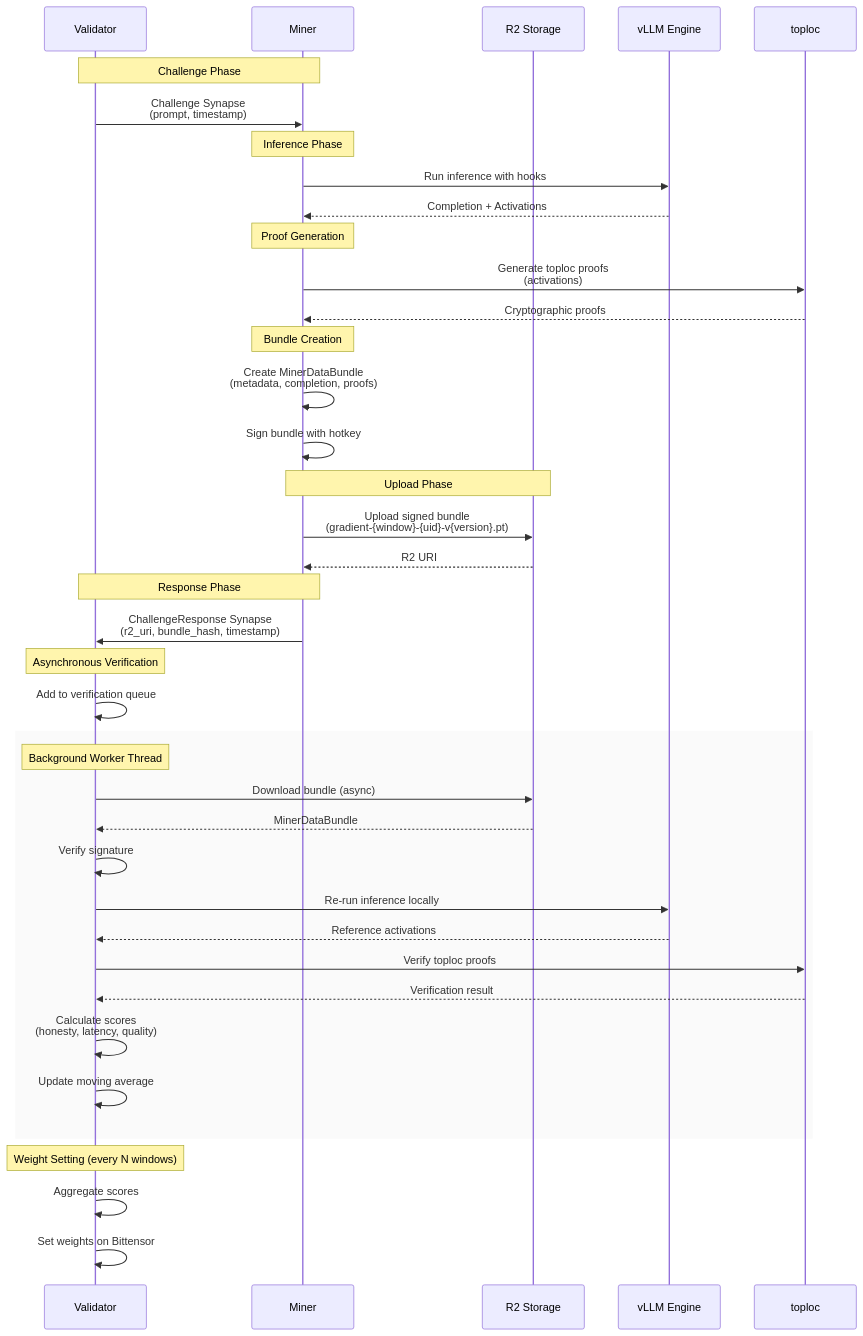
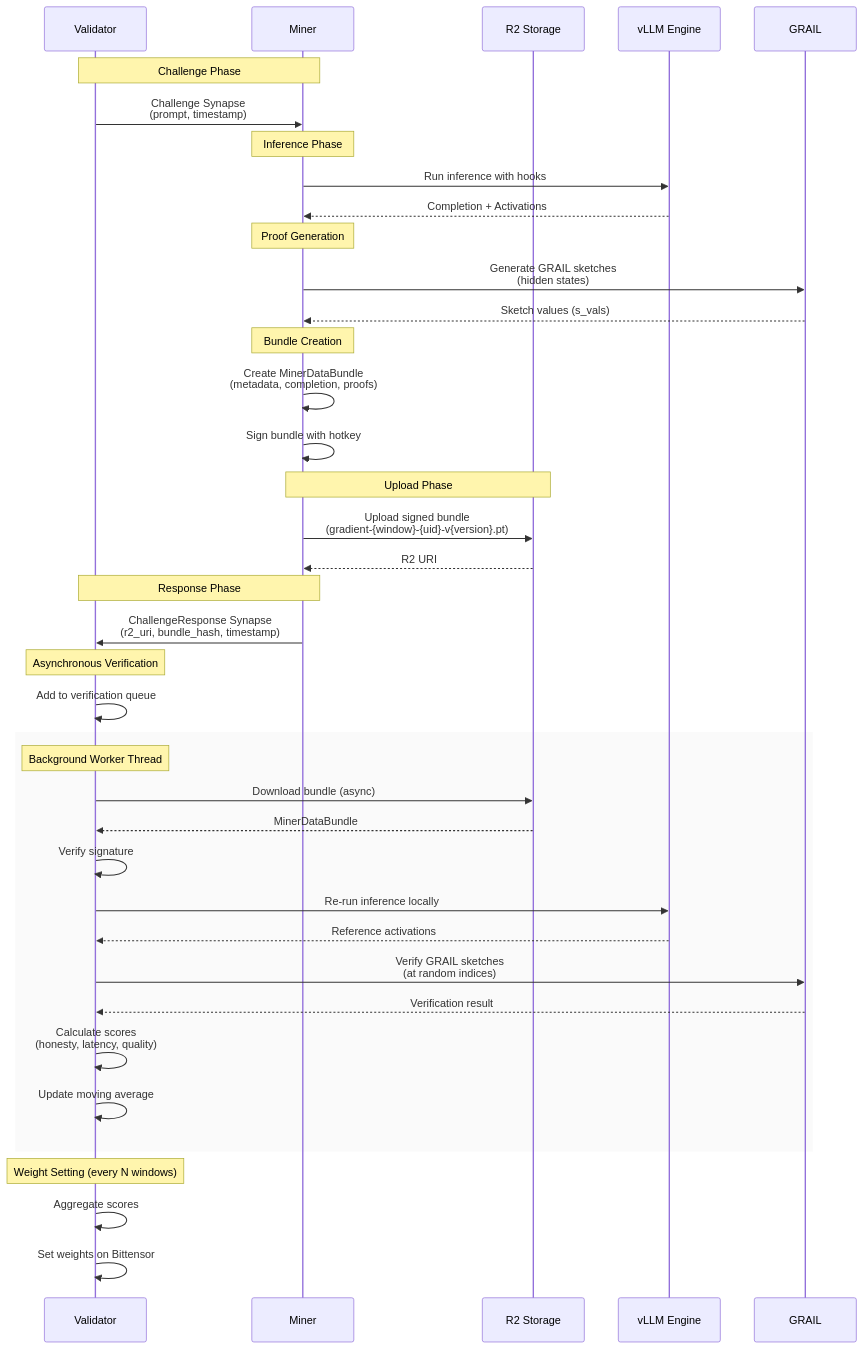
One commit to one-covenant/grail changed the second of 3 diagrams in SPEC.md. Above: the diagram before and after it, drawn with Mermaid. The commit also changed other lines of this file and 20 other files, not shown here.

````diff
--- a/SPEC.md
+++ b/SPEC.md
@@ -106,54 +106,54 @@
 ```mermaid
 sequenceDiagram
     participant V as Validator
     participant M as Miner
     participant R2 as R2 Storage
     participant VLLM as vLLM Engine
-    participant T as toploc
+    participant G as GRAIL
     
     Note over V,M: Challenge Phase
     V->>M: Challenge Synapse<br/>(prompt, timestamp)
     
     Note over M: Inference Phase
     M->>VLLM: Run inference with hooks
     VLLM-->>M: Completion + Activations
     
     Note over M: Proof Generation
-    M->>T: Generate toploc proofs<br/>(activations)
-    T-->>M: Cryptographic proofs
+    M->>G: Generate GRAIL sketches<br/>(hidden states)
+    G-->>M: Sketch values (s_vals)
     
     Note over M: Bundle Creation
     M->>M: Create MinerDataBundle<br/>(metadata, completion, proofs)
     M->>M: Sign bundle with hotkey
     
     Note over M,R2: Upload Phase
     M->>R2: Upload signed bundle<br/>(gradient-{window}-{uid}-v{version}.pt)
     R2-->>M: R2 URI
     
     Note over M,V: Response Phase
     M->>V: ChallengeResponse Synapse<br/>(r2_uri, bundle_hash, timestamp)
     
     Note over V: Asynchronous Verification
     V->>V: Add to verification queue
     
     rect rgba(200, 200, 200, 0.1)
         Note over V: Background Worker Thread
         V->>R2: Download bundle (async)
         R2-->>V: MinerDataBundle
         
         V->>V: Verify signature
         
         V->>VLLM: Re-run inference locally
         VLLM-->>V: Reference activations
         
-        V->>T: Verify toploc proofs
-        T-->>V: Verification result
+        V->>G: Verify GRAIL sketches<br/>(at random indices)
+        G-->>V: Verification result
         
         V->>V: Calculate scores<br/>(honesty, latency, quality)
         V->>V: Update moving average
     end
     
     Note over V: Weight Setting (every N windows)
     V->>V: Aggregate scores
     V->>V: Set weights on Bittensor
 ```
````
